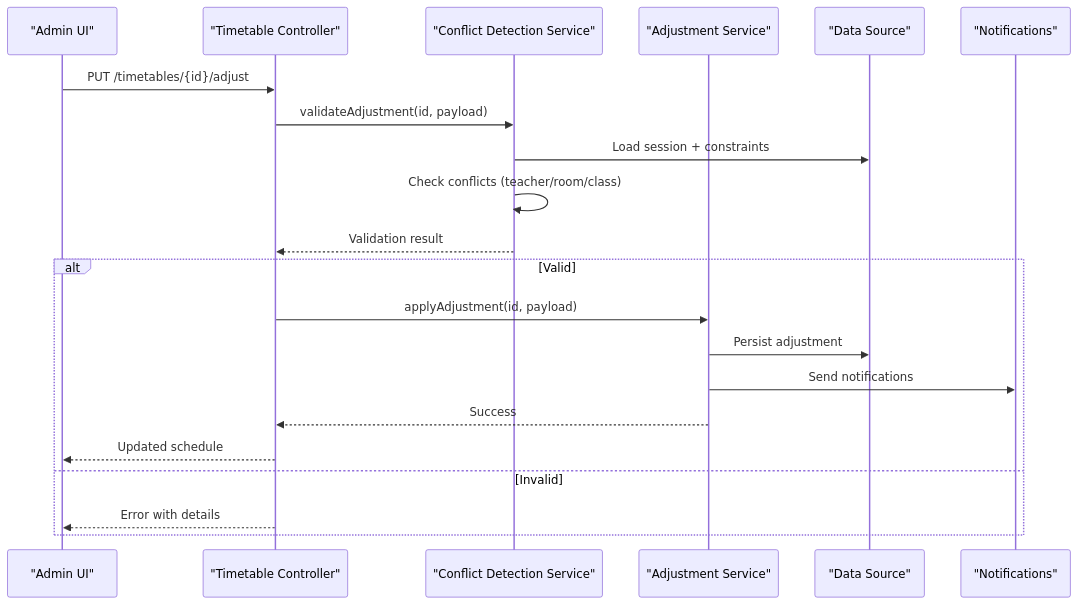
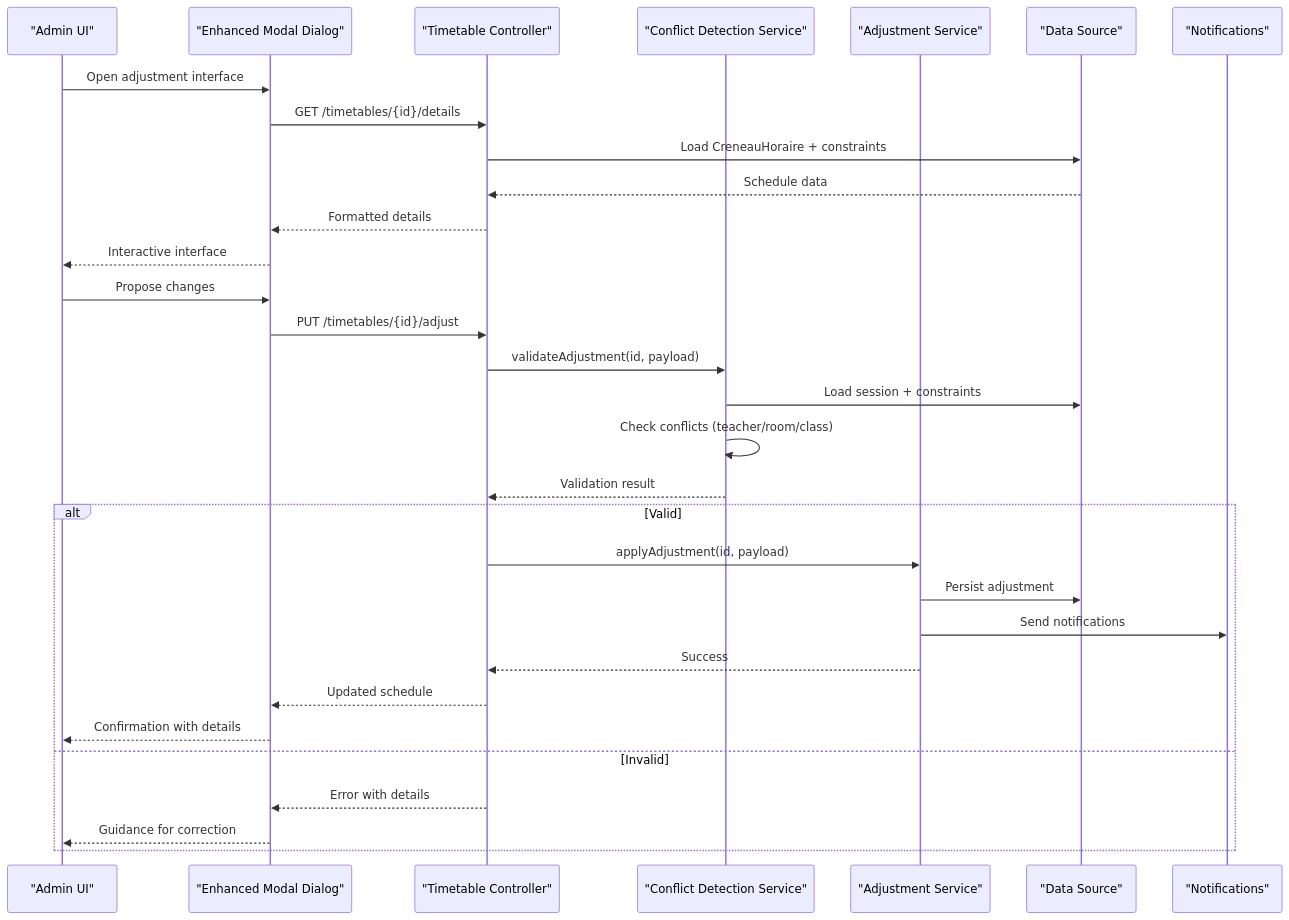
Before and after one commit to franckylab/eLISAschool: the sixth of 11 diagrams in .qoder/repowiki/en/content/Academic Management System/Class & Schedule Management/Timetable Creation & Scheduling.md, drawn with Mermaid. The commit also changed other lines of this file and 49 other files, not shown here.

First line of the commit message:
refactor(timetable): unifier CreneauHoraire pour simplifier la gestion des horaires

````diff
--- a/.qoder/repowiki/en/content/Academic Management System/Class & Schedule Management/Timetable Creation & Scheduling.md
+++ b/.qoder/repowiki/en/content/Academic Management System/Class & Schedule Management/Timetable Creation & Scheduling.md
@@ -444,23 +438,33 @@
 ```mermaid
 sequenceDiagram
 participant Admin as "Admin UI"
+participant Modal as "Enhanced Modal Dialog"
 participant API as "Timetable Controller"
 participant ConflictSvc as "Conflict Detection Service"
 participant Svc as "Adjustment Service"
 participant DB as "Data Source"
 participant Notif as "Notifications"
-Admin->>API : PUT /timetables/{id}/adjust
+Admin->>Modal : Open adjustment interface
+Modal->>API : GET /timetables/{id}/details
+API->>DB : Load CreneauHoraire + constraints
+DB-->>API : Schedule data
+API-->>Modal : Formatted details
+Modal-->>Admin : Interactive interface
+Admin->>Modal : Propose changes
+Modal->>API : PUT /timetables/{id}/adjust
 API->>ConflictSvc : validateAdjustment(id, payload)
 ConflictSvc->>DB : Load session + constraints
 ConflictSvc->>ConflictSvc : Check conflicts (teacher/room/class)
 ConflictSvc-->>API : Validation result
 alt Valid
 API->>Svc : applyAdjustment(id, payload)
 Svc->>DB : Persist adjustment
 Svc->>Notif : Send notifications
 Svc-->>API : Success
-API-->>Admin : Updated schedule
+API-->>Modal : Updated schedule
+Modal-->>Admin : Confirmation with details
 else Invalid
-API-->>Admin : Error with details
+API-->>Modal : Error with details
+Modal-->>Admin : Guidance for correction
 end
 ```
````
